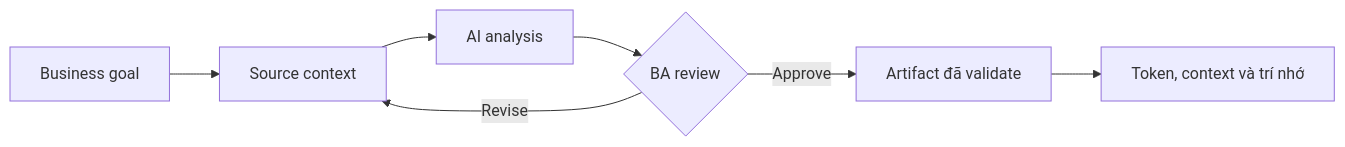
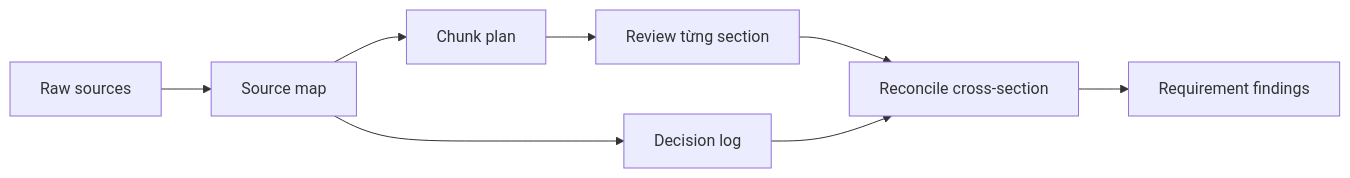
One commit to anhtnt90dev/ai-for-ba changed the diagram in docs/vi/lessons/tokens-context-and-memory/index.md. Above: the diagram before and after it, drawn with Mermaid. The commit also changed other lines of this file and 64 other files, not shown here.

````diff
--- a/docs/vi/lessons/tokens-context-and-memory/index.md
+++ b/docs/vi/lessons/tokens-context-and-memory/index.md
@@ -39,9 +38,10 @@
 ```mermaid
 flowchart LR
-    A["Business goal"] --> B["Source context"]
-    B --> C["AI analysis"]
-    C --> D{"BA review"}
-    D -->|"Revise"| B
-    D -->|"Approve"| E["Artifact đã validate"]
-    E --> F["Token, context và trí nhớ"]
+    A["Raw sources"] --> B["Source map"]
+    B --> C["Chunk plan"]
+    C --> D["Review từng section"]
+    D --> E["Reconcile cross-section"]
+    E --> F["Requirement findings"]
+    B --> G["Decision log"]
+    G --> E
 ```
````
